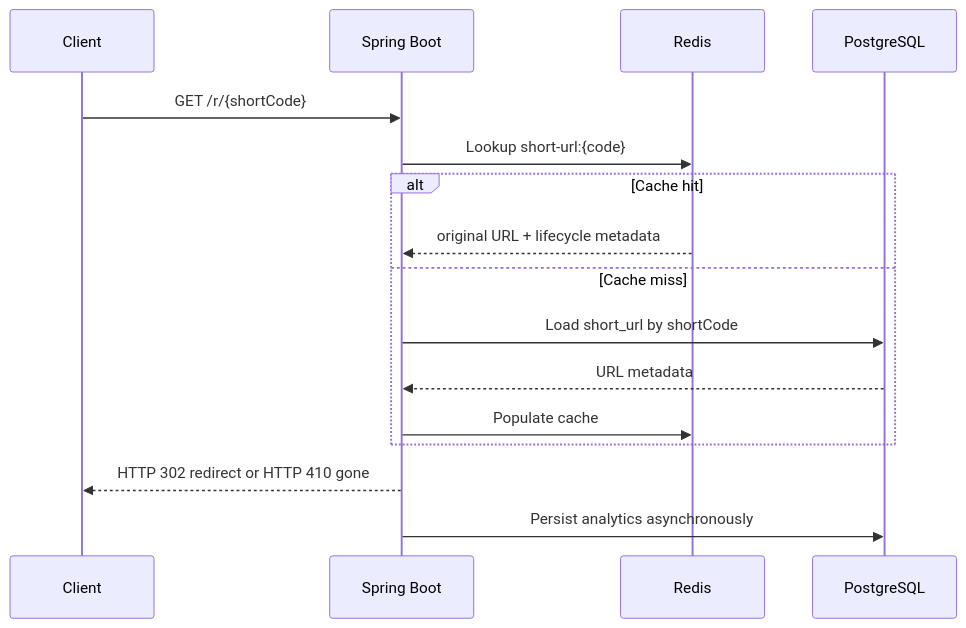
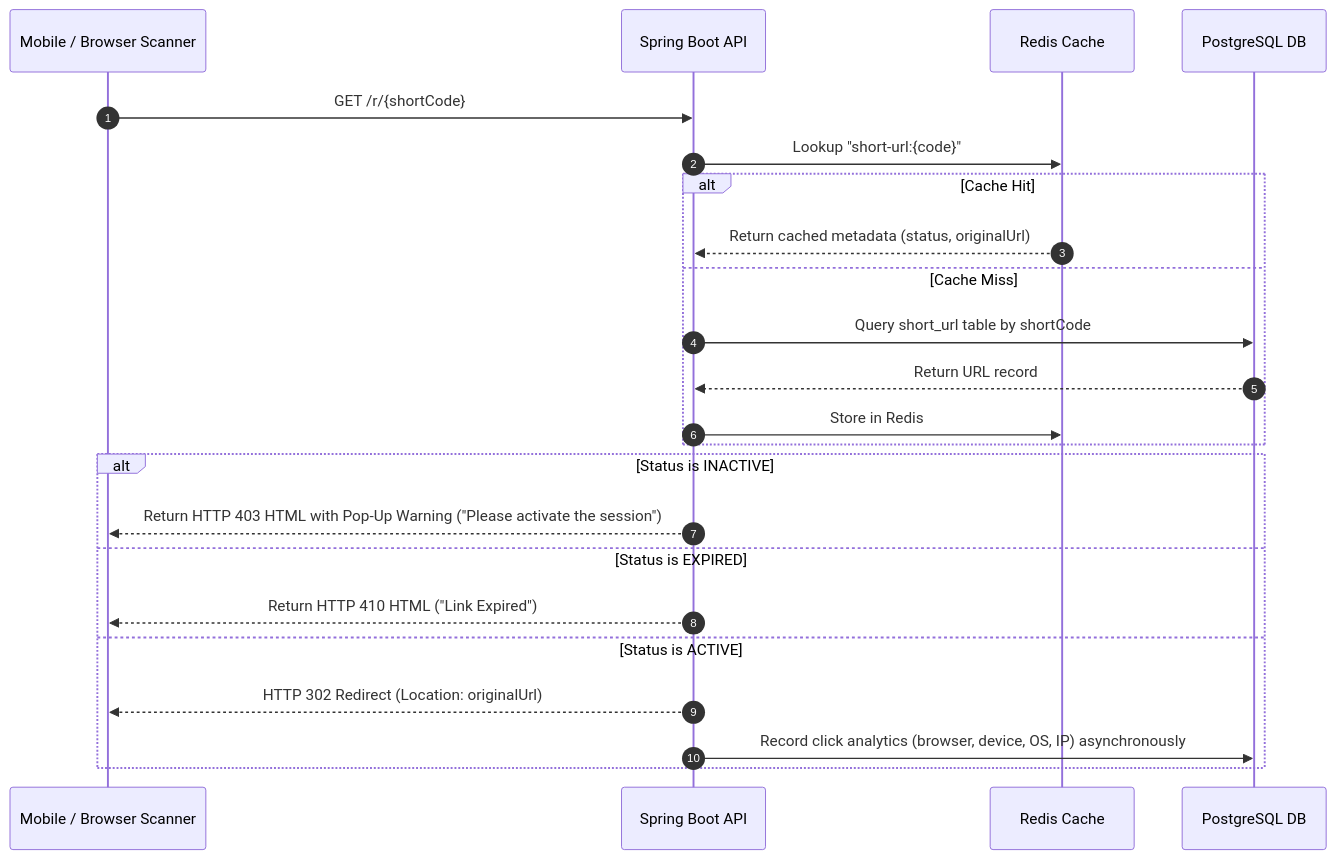
One commit to sawantyash07/Distributed-URL-Shortening-Analytics-Platform changed the second of 3 diagrams in README.md. Above: the diagram before and after it, drawn with Mermaid. The commit also changed other lines of this file and 8 other files, not shown here.

Commit message:
feat: mobile scannable QR codes and inactive status pop-up warning page; update README documentation

````diff
--- a/README.md
+++ b/README.md
@@ -85,19 +70,28 @@
 ```mermaid
 sequenceDiagram
-    participant C as Client
-    participant API as Spring Boot
-    participant R as Redis
-    participant DB as PostgreSQL
+    autonumber
+    participant Client as Mobile / Browser Scanner
+    participant API as Spring Boot API
+    participant Cache as Redis Cache
+    participant DB as PostgreSQL DB
 
-    C->>API: GET /r/{shortCode}
-    API->>R: Lookup short-url:{code}
-    alt Cache hit
-        R-->>API: original URL + lifecycle metadata
-    else Cache miss
-        API->>DB: Load short_url by shortCode
-        DB-->>API: URL metadata
-        API->>R: Populate cache
+    Client->>API: GET /r/{shortCode}
+    API->>Cache: Lookup "short-url:{code}"
+    
+    alt Cache Hit
+        Cache-->>API: Return cached metadata (status, originalUrl)
+    else Cache Miss
+        API->>DB: Query short_url table by shortCode
+        DB-->>API: Return URL record
+        API->>Cache: Store in Redis
     end
-    API-->>C: HTTP 302 redirect or HTTP 410 gone
-    API->>DB: Persist analytics asynchronously
+
+    alt Status is INACTIVE
+        API-->>Client: Return HTTP 403 HTML with Pop-Up Warning ("Please activate the session")
+    else Status is EXPIRED
+        API-->>Client: Return HTTP 410 HTML ("Link Expired")
+    else Status is ACTIVE
+        API-->>Client: HTTP 302 Redirect (Location: originalUrl)
+        API->>DB: Record click analytics (browser, device, OS, IP) asynchronously
+    end
 ```
````
